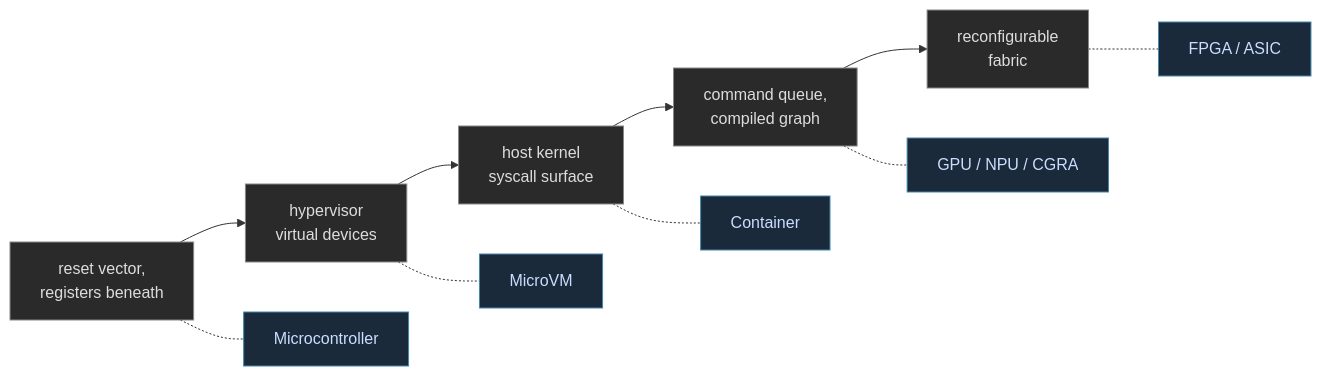
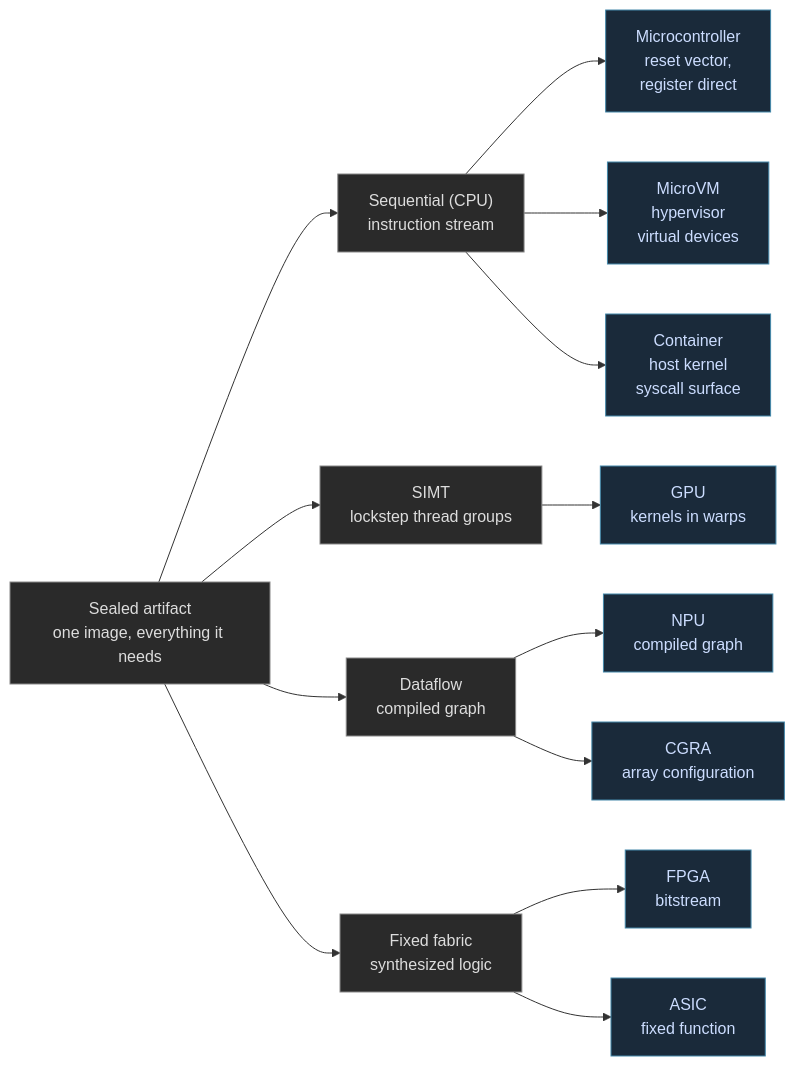
Before and after one commit to FidelityFramework/clef-lang-site: the first of 3 diagrams in hugo/content/blog/getting-to-the-heart-of-unikernels.md, drawn with Mermaid. The commit also changed other lines of this file, not shown here.

Commit message:
update description; remove 'caption'

````diff
--- a/hugo/content/blog/getting-to-the-heart-of-unikernels.md
+++ b/hugo/content/blog/getting-to-the-heart-of-unikernels.md
@@ -10,15 +10,28 @@
 ```mermaid
-flowchart LR
-    A0["reset vector,<br/>registers beneath"] --> A1["hypervisor<br/>virtual devices"] --> A2["host kernel<br/>syscall surface"] --> A3["command queue,<br/>compiled graph"] --> A4["reconfigurable<br/>fabric"]
+graph LR
+    ROOT["Sealed artifact<br/>one image, everything it needs"]
 
-    A0 -.- MCU["Microcontroller"]
-    A1 -.- UVM["MicroVM"]
-    A2 -.- CON["Container"]
-    A3 -.- ACC["GPU / NPU / CGRA"]
-    A4 -.- FAB["FPGA / ASIC"]
+    ROOT --> SEQ["Sequential (CPU)<br/>instruction stream"]
+    ROOT --> SIMT["SIMT<br/>lockstep thread groups"]
+    ROOT --> DF["Dataflow<br/>compiled graph"]
+    ROOT --> FIX["Fixed fabric<br/>synthesized logic"]
 
-    classDef axis fill:#2a2a2a,stroke:#888,color:#ddd;
+    SEQ --> MCU["Microcontroller<br/>reset vector,<br/>register direct"]
+    SEQ --> UVM["MicroVM<br/>hypervisor<br/>virtual devices"]
+    SEQ --> CON["Container<br/>host kernel<br/>syscall surface"]
+
+    SIMT --> GPU["GPU<br/>kernels in warps"]
+
+    DF --> NPU["NPU<br/>compiled graph"]
+    DF --> CGRA["CGRA<br/>array configuration"]
+
+    FIX --> FPGA["FPGA<br/>bitstream"]
+    FIX --> ASIC["ASIC<br/>fixed function"]
+
+    classDef root fill:#2a2a2a,stroke:#888,color:#ddd;
+    classDef model fill:#2a2a2a,stroke:#888,color:#ddd;
     classDef target fill:#1a2a3a,stroke:#48a,color:#cdf;
-    class A0,A1,A2,A3,A4 axis;
-    class MCU,UVM,CON,ACC,FAB target;
+    class ROOT root;
+    class SEQ,SIMT,DF,FIX model;
+    class MCU,UVM,CON,GPU,NPU,CGRA,FPGA,ASIC target;
 ```
````
